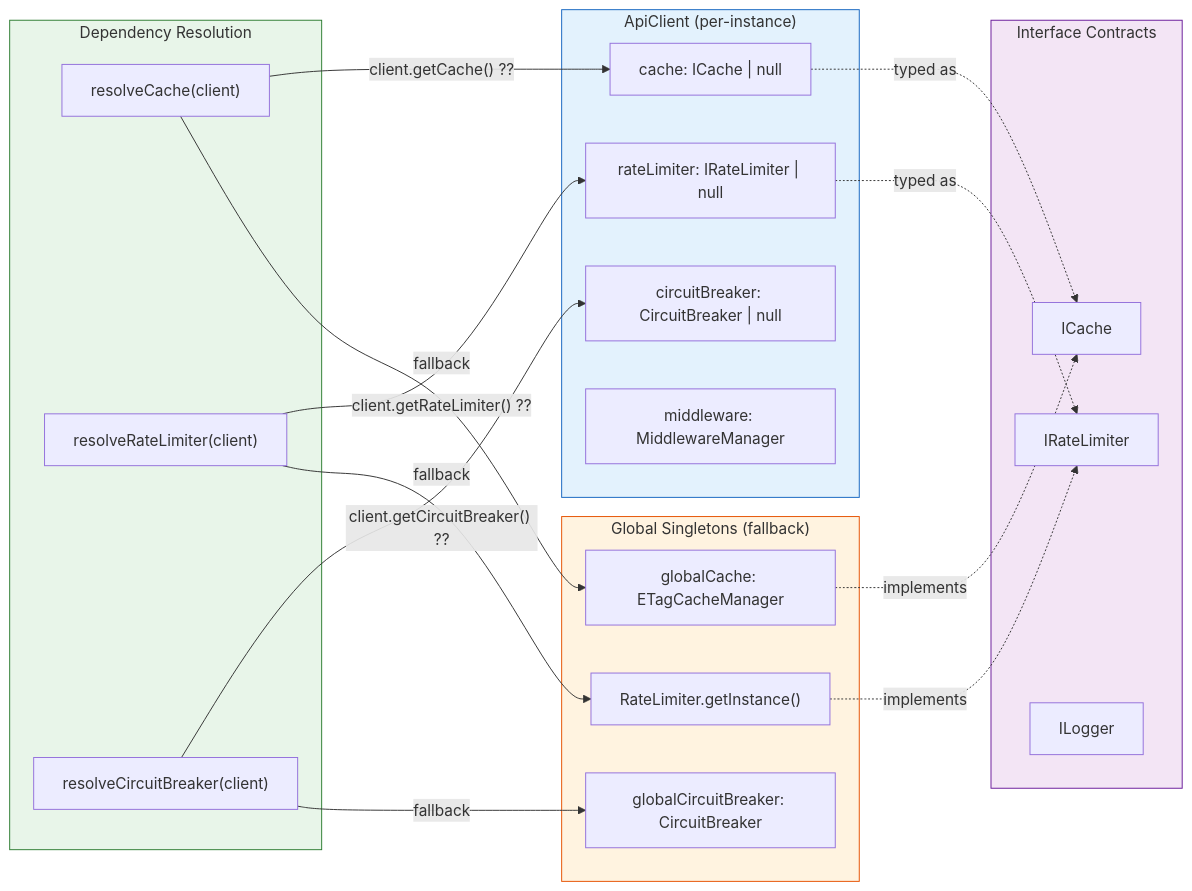
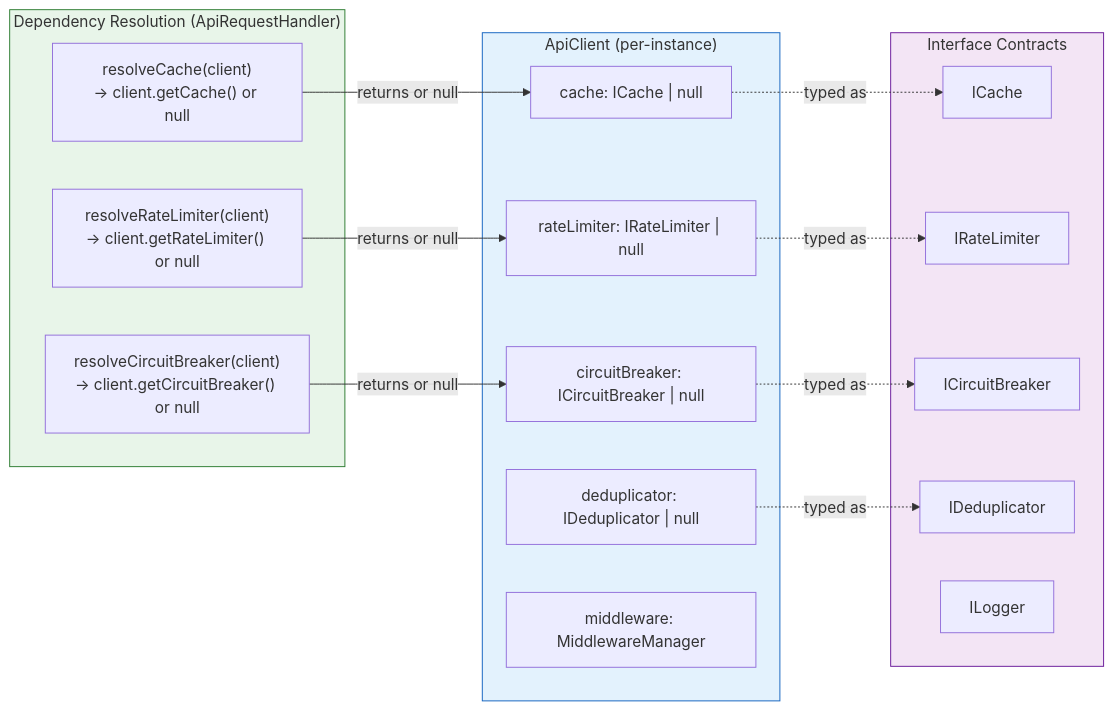
Before and after one commit to lgriffin/ESI.ts: the third of 10 diagrams in guides/ARCHITECTURE.md, drawn with Mermaid. The commit also changed other lines of this file and 47 other files, not shown here.

First line of the commit message:
refactor: phase 0 cleanup — remove dead generated clients, merge duplicate schemas, fix docs

````diff
--- a/guides/ARCHITECTURE.md
+++ b/guides/ARCHITECTURE.md
@@ -237,44 +237,37 @@
 ```mermaid
 graph LR
     subgraph ApiClient["ApiClient (per-instance)"]
         ClientCache["cache: ICache | null"]
         ClientRL["rateLimiter: IRateLimiter | null"]
-        ClientCB["circuitBreaker: CircuitBreaker | null"]
+        ClientCB["circuitBreaker: ICircuitBreaker | null"]
+        ClientDedup["deduplicator: IDeduplicator | null"]
         ClientMW["middleware: MiddlewareManager"]
     end
 
-    subgraph Globals["Global Singletons (fallback)"]
-        GlobalCache["globalCache: ETagCacheManager"]
-        GlobalCB["globalCircuitBreaker: CircuitBreaker"]
-        GlobalRL["RateLimiter.getInstance()"]
-    end
-
-    subgraph Resolution["Dependency Resolution"]
-        ResolveCache["resolveCache(client)"]
-        ResolveRL["resolveRateLimiter(client)"]
-        ResolveCB["resolveCircuitBreaker(client)"]
+    subgraph Resolution["Dependency Resolution (ApiRequestHandler)"]
+        ResolveCache["resolveCache(client)<br/>→ client.getCache() or null"]
+        ResolveRL["resolveRateLimiter(client)<br/>→ client.getRateLimiter() or null"]
+        ResolveCB["resolveCircuitBreaker(client)<br/>→ client.getCircuitBreaker() or null"]
     end
 
     subgraph Interfaces["Interface Contracts"]
         ICache["ICache"]
         IRateLimiter["IRateLimiter"]
+        ICB["ICircuitBreaker"]
+        IDedup["IDeduplicator"]
         ILogger["ILogger"]
     end
 
-    ResolveCache -->|"client.getCache() ??"| ClientCache
-    ResolveCache -->|fallback| GlobalCache
-    ResolveRL -->|"client.getRateLimiter() ??"| ClientRL
-    ResolveRL -->|fallback| GlobalRL
-    ResolveCB -->|"client.getCircuitBreaker() ??"| ClientCB
-    ResolveCB -->|fallback| GlobalCB
+    ResolveCache -->|"returns or null"| ClientCache
+    ResolveRL -->|"returns or null"| ClientRL
+    ResolveCB -->|"returns or null"| ClientCB
 
     ClientCache -.->|typed as| ICache
     ClientRL -.->|typed as| IRateLimiter
-    GlobalCache -.->|implements| ICache
-    GlobalRL -.->|implements| IRateLimiter
+    ClientCB -.->|typed as| ICB
+    ClientDedup -.->|typed as| IDedup
 
     style Interfaces fill:#f3e5f5,stroke:#6a1b9a
     style Resolution fill:#e8f5e9,stroke:#2e7d32
     style ApiClient fill:#e3f2fd,stroke:#1565c0
-    style Globals fill:#fff3e0,stroke:#e65100
 ```
````
